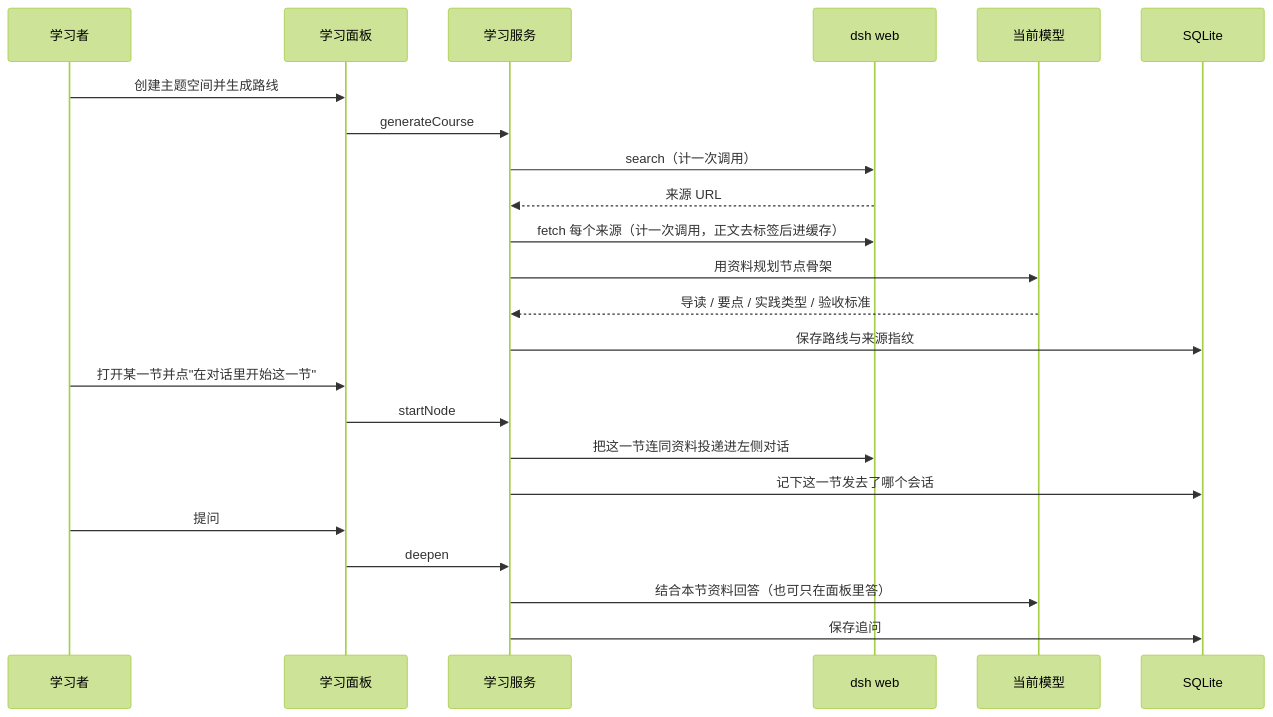
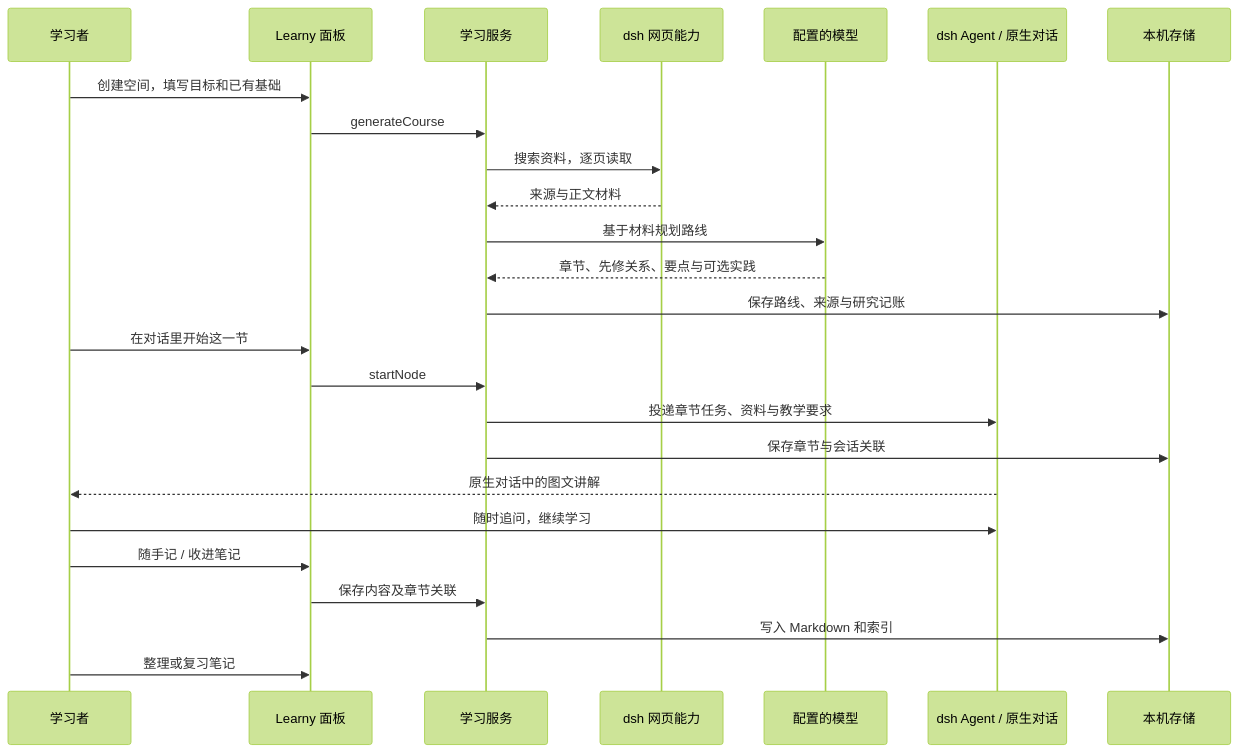
One commit to Magic-lem/learny changed the second of 2 diagrams in docs/architecture.md. Above: the diagram before and after it, drawn with Mermaid (forest theme). The commit also changed other lines of this file and 7 other files, not shown here.

````diff
--- a/docs/architecture.md
+++ b/docs/architecture.md
@@ -40,26 +50,28 @@
 ```mermaid
 sequenceDiagram
   participant U as 学习者
-  participant C as 学习面板
+  participant C as Learny 面板
   participant S as 学习服务
-  participant W as dsh web
-  participant M as 当前模型
-  participant D as SQLite
+  participant W as dsh 网页能力
+  participant M as 配置的模型
+  participant A as dsh Agent / 原生对话
+  participant D as 本机存储
 
-  U->>C: 创建主题空间并生成路线
+  U->>C: 创建空间，填写目标和已有基础
   C->>S: generateCourse
-  S->>W: search（计一次调用）
-  W-->>S: 来源 URL
-  S->>W: fetch 每个来源（计一次调用，正文去标签后进缓存）
-  S->>M: 用资料规划节点骨架
-  M-->>S: 导读 / 要点 / 实践类型 / 验收标准
-  S->>D: 保存路线与来源指纹
-  U->>C: 打开某一节并点"在对话里开始这一节"
+  S->>W: 搜索资料，逐页读取
+  W-->>S: 来源与正文材料
+  S->>M: 基于材料规划路线
+  M-->>S: 章节、先修关系、要点与可选实践
+  S->>D: 保存路线、来源与研究记账
+  U->>C: 在对话里开始这一节
   C->>S: startNode
-  S->>W: 把这一节连同资料投递进左侧对话
-  S->>D: 记下这一节发去了哪个会话
-  U->>C: 提问
-  C->>S: deepen
-  S->>M: 结合本节资料回答（也可只在面板里答）
-  S->>D: 保存追问
+  S->>A: 投递章节任务、资料与教学要求
+  S->>D: 保存章节与会话关联
+  A-->>U: 原生对话中的图文讲解
+  U->>A: 随时追问，继续学习
+  U->>C: 随手记 / 收进笔记
+  C->>S: 保存内容及章节关联
+  S->>D: 写入 Markdown 和索引
+  U->>C: 整理或复习笔记
 ```
````
